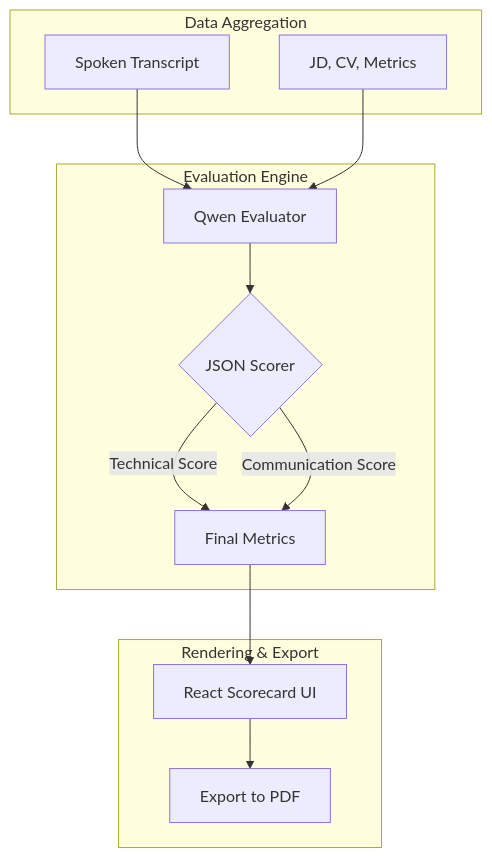
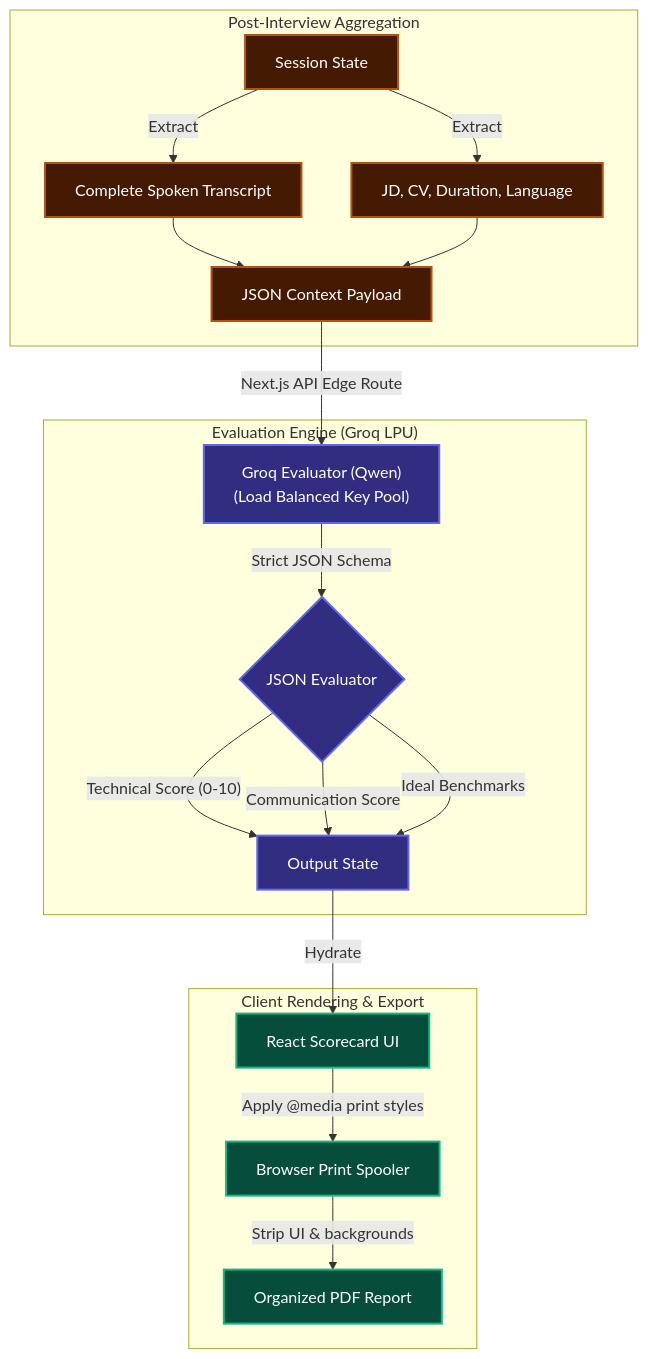
Before and after one commit to ziademad02153/ZEDX-AI-Assistant: the seventh of 8 diagrams in README.md, drawn with Mermaid. The commit also changed other lines of this file, not shown here.

Commit message:
docs: Restore detailed flowcharts with refined technical stack

````diff
--- a/README.md
+++ b/README.md
@@ -116,21 +216,31 @@
 ```mermaid
 graph TD
-    subgraph Aggregation ["Data Aggregation"]
-        TRANSCRIPT["Spoken Transcript"]
-        METADATA["JD, CV, Metrics"]
+    subgraph PostInterviewAggregation ["Post-Interview Aggregation"]
+        STATE["Session State"] -->|Extract| TRANSCRIPT["Complete Spoken Transcript"]
+        STATE -->|Extract| METADATA["JD, CV, Duration, Language"]
+        TRANSCRIPT --> PAYLOAD["JSON Context Payload"]
+        METADATA --> PAYLOAD
     end
 
-    subgraph Evaluation ["Evaluation Engine"]
-        GROQ["Qwen Evaluator"]
-        TRANSCRIPT --> GROQ
-        METADATA --> GROQ
-        GROQ --> ANALYSIS{"JSON Scorer"}
-        ANALYSIS -- "Technical Score" --> METRICS["Final Metrics"]
+    subgraph EvaluationEngine ["Evaluation Engine (Groq LPU)"]
+        PAYLOAD -->|Next.js API Edge Route| GROQ["Groq Evaluator (Qwen)\n(Load Balanced Key Pool)"]
+        GROQ -->|Strict JSON Schema| ANALYSIS{"JSON Evaluator"}
+        ANALYSIS -- "Technical Score (0-10)" --> METRICS["Output State"]
         ANALYSIS -- "Communication Score" --> METRICS
+        ANALYSIS -- "Ideal Benchmarks" --> METRICS
     end
 
-    subgraph Export ["Rendering & Export"]
-        METRICS --> SCORECARD["React Scorecard UI"]
-        SCORECARD --> PDF["Export to PDF"]
+    subgraph ClientRenderingExport ["Client Rendering & Export"]
+        METRICS -->|Hydrate| SCORECARD["React Scorecard UI"]
+        SCORECARD -->|Apply @media print styles| PRINT["Browser Print Spooler"]
+        PRINT -->|Strip UI & backgrounds| PDF["Organized PDF Report"]
     end
+
+    classDef state fill:#451a03,stroke:#b45309,stroke-width:2px,color:#fff;
+    classDef ai fill:#312e81,stroke:#6366f1,stroke-width:2px,color:#fff;
+    classDef render fill:#064e3b,stroke:#10b981,stroke-width:2px,color:#fff;
+
+    class STATE,TRANSCRIPT,METADATA,PAYLOAD state;
+    class GROQ,ANALYSIS,METRICS ai;
+    class SCORECARD,PRINT,PDF render;
 ```
````
